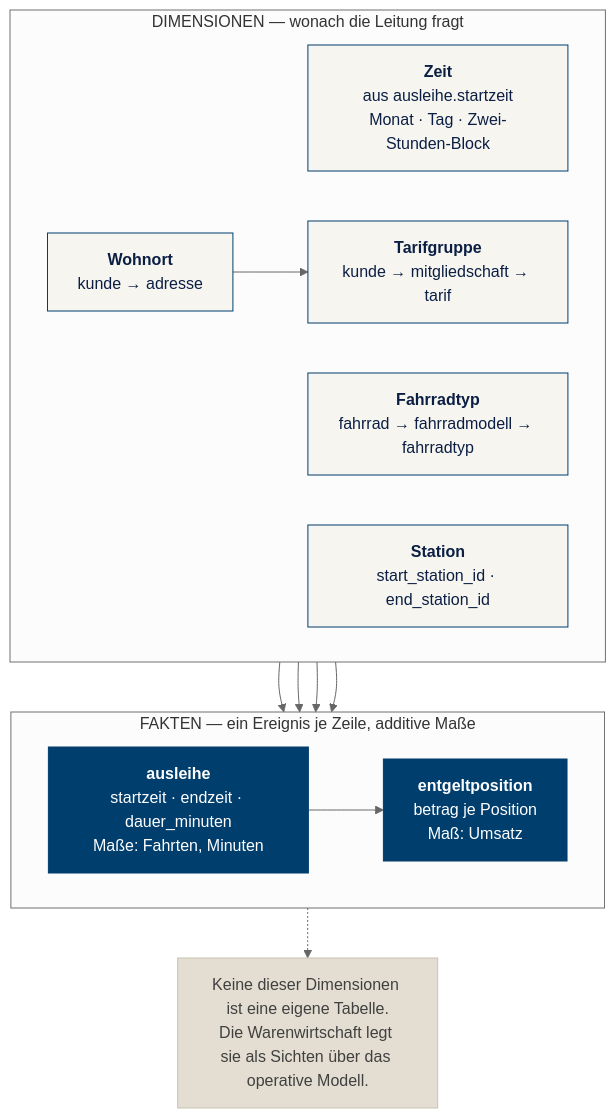
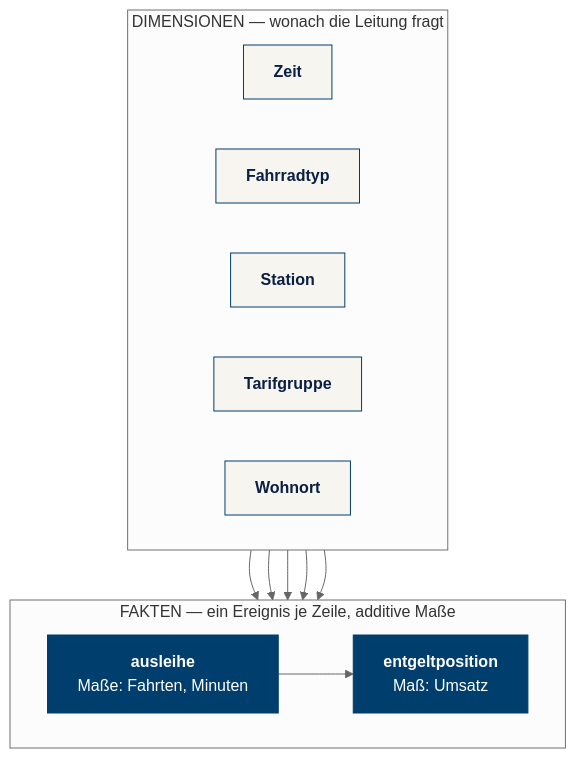
Before and after one commit to swrobuts/velocity-fallstudie: the diagram in doku/datenmodell/erd/analytik-stern.mmd, drawn with Mermaid (neutral theme). The commit also changed 7 other files, not shown here.

```diff
--- a/doku/datenmodell/erd/analytik-stern.mmd
+++ b/doku/datenmodell/erd/analytik-stern.mmd
@@ -1,40 +1,35 @@
 %% Das analytische Modell der Warenwirtschaft.
 %% BEWUSST ein flowchart und kein erDiagram: ein Sternschema aus Fakten
 %% und Dimensionen ist hier keine Aussage über Tabellen - die
 %% Dimensionen sind ROLLEN, die vorhandene operative Tabellen einnehmen,
 %% wenn man sie auswertet. Als erDiagram gezeichnet würde das Tabellen
 %% behaupten, die es nicht gibt, und tools/erd_check.py hätte recht,
 %% wenn es anschlüge.
 flowchart TB
     subgraph FAKT["FAKTEN — ein Ereignis je Zeile, additive Maße"]
         direction LR
-        AUS["<b>ausleihe</b><br/>startzeit · endzeit · dauer_minuten<br/>Maße: Fahrten, Minuten"]
-        ENT["<b>entgeltposition</b><br/>betrag je Position<br/>Maß: Umsatz"]
+        AUS["<b>ausleihe</b><br/>Maße: Fahrten, Minuten"]
+        ENT["<b>entgeltposition</b><br/>Maß: Umsatz"]
     end
 
     subgraph DIM["DIMENSIONEN — wonach die Leitung fragt"]
         direction LR
-        ZEIT["<b>Zeit</b><br/>aus ausleihe.startzeit<br/>Monat · Tag · Zwei-Stunden-Block"]
-        RAD["<b>Fahrradtyp</b><br/>fahrrad → fahrradmodell → fahrradtyp"]
-        STA["<b>Station</b><br/>start_station_id · end_station_id"]
-        TAR["<b>Tarifgruppe</b><br/>kunde → mitgliedschaft → tarif"]
-        ORT["<b>Wohnort</b><br/>kunde → adresse"]
+        ZEIT["<b>Zeit</b>"]
+        RAD["<b>Fahrradtyp</b>"]
+        STA["<b>Station</b>"]
+        TAR["<b>Tarifgruppe</b>"]
+        ORT["<b>Wohnort</b>"]
     end
 
     ZEIT --> AUS
     RAD  --> AUS
     STA  --> AUS
     TAR  --> AUS
-    ORT  --> TAR
+    ORT  --> AUS
     AUS  --> ENT
-
-    HIN["Keine dieser Dimensionen ist eine eigene Tabelle.<br/>Die Warenwirtschaft legt sie als Sichten über das operative Modell."]
-
-    ENT -.-> HIN
 
     classDef fakt fill:#003E6E,stroke:#003E6E,color:#FFFFFF
     classDef dim  fill:#F7F5EF,stroke:#003E6E,color:#0B1F44
-    classDef hin  fill:#E3DED1,stroke:#C9C3B4,color:#404040
     class AUS,ENT fakt
     class ZEIT,RAD,STA,TAR,ORT dim
     class HIN hin
```
